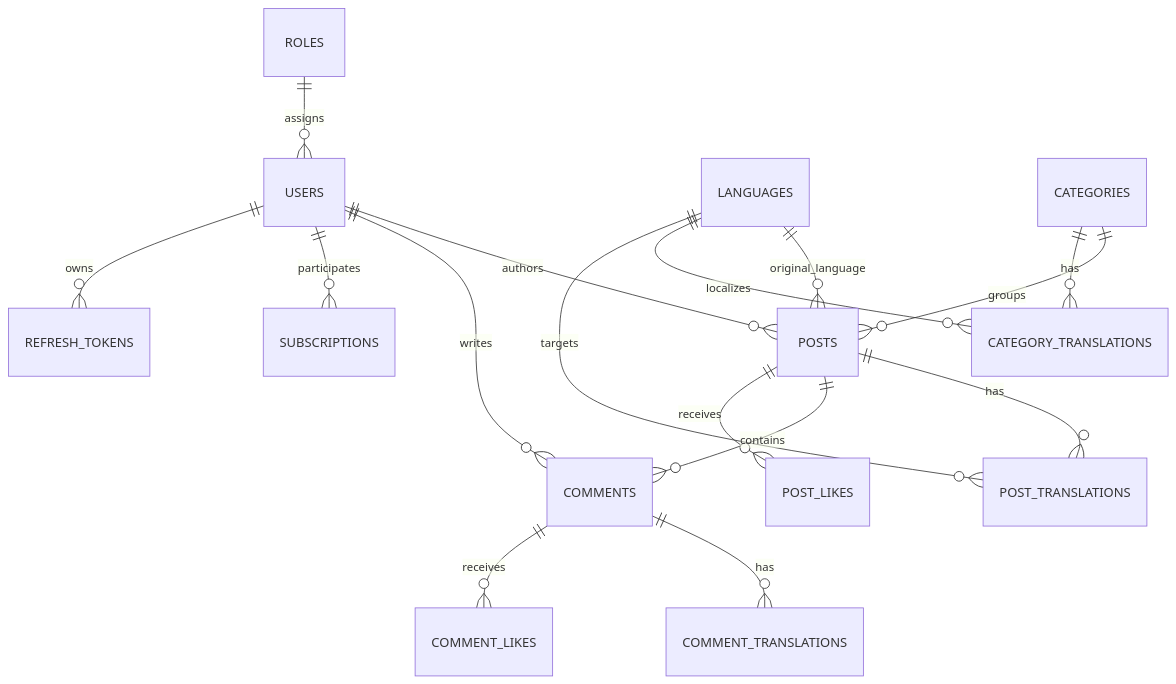
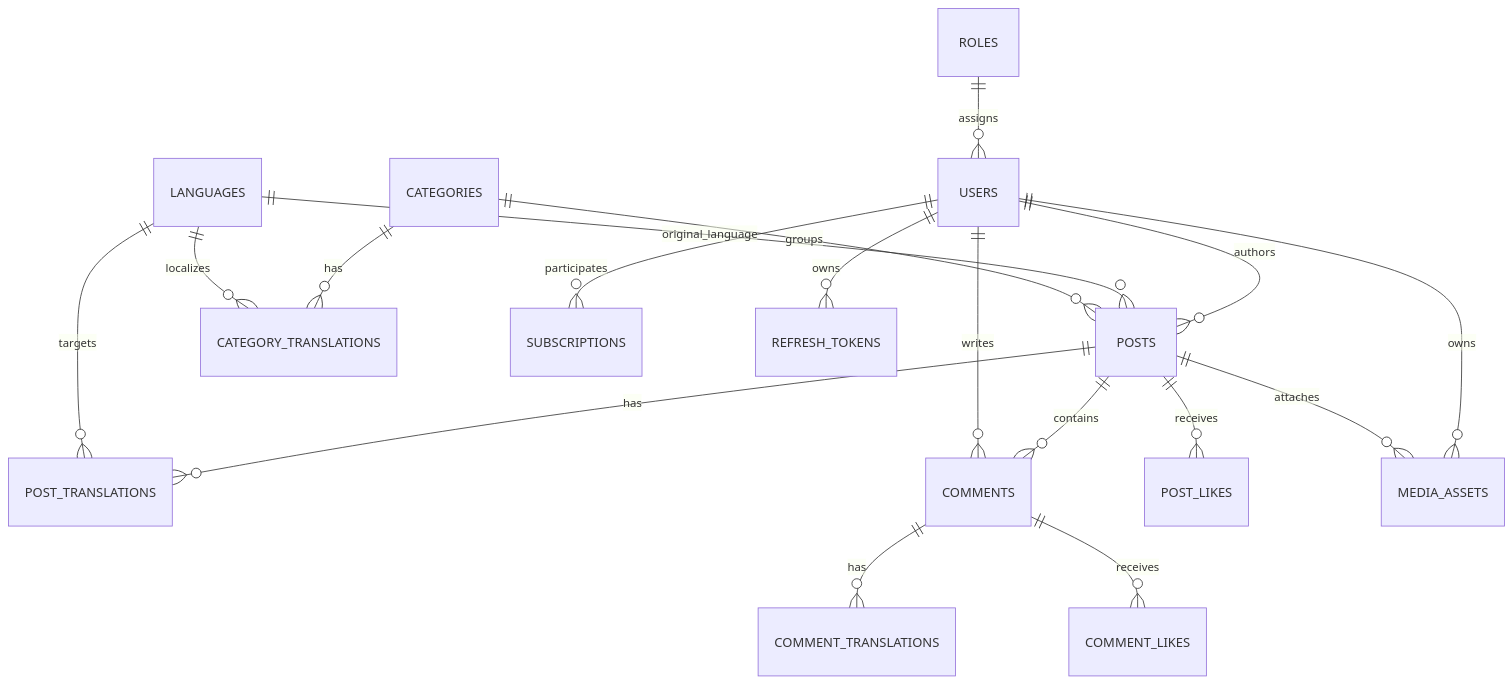
Before and after one commit to NgocThinh2004/Lingora: the third of 5 diagrams in docs/ARCHITECTURE.md, drawn with Mermaid. The commit also changed other lines of this file and 3 other files, not shown here.

Commit message:
docs: update deployment, architecture, API and healthcheck guides

````diff
--- a/docs/ARCHITECTURE.md
+++ b/docs/ARCHITECTURE.md
@@ -123,18 +124,20 @@
 ```mermaid
 erDiagram
     ROLES ||--o{ USERS : assigns
     USERS ||--o{ POSTS : authors
     LANGUAGES ||--o{ POSTS : original_language
     CATEGORIES ||--o{ POSTS : groups
     CATEGORIES ||--o{ CATEGORY_TRANSLATIONS : has
     LANGUAGES ||--o{ CATEGORY_TRANSLATIONS : localizes
     POSTS ||--o{ POST_TRANSLATIONS : has
     LANGUAGES ||--o{ POST_TRANSLATIONS : targets
     POSTS ||--o{ COMMENTS : contains
     USERS ||--o{ COMMENTS : writes
     COMMENTS ||--o{ COMMENT_TRANSLATIONS : has
     POSTS ||--o{ POST_LIKES : receives
     COMMENTS ||--o{ COMMENT_LIKES : receives
     USERS ||--o{ SUBSCRIPTIONS : participates
     USERS ||--o{ REFRESH_TOKENS : owns
+    USERS ||--o{ MEDIA_ASSETS : owns
+    POSTS ||--o{ MEDIA_ASSETS : attaches
 ```
````
